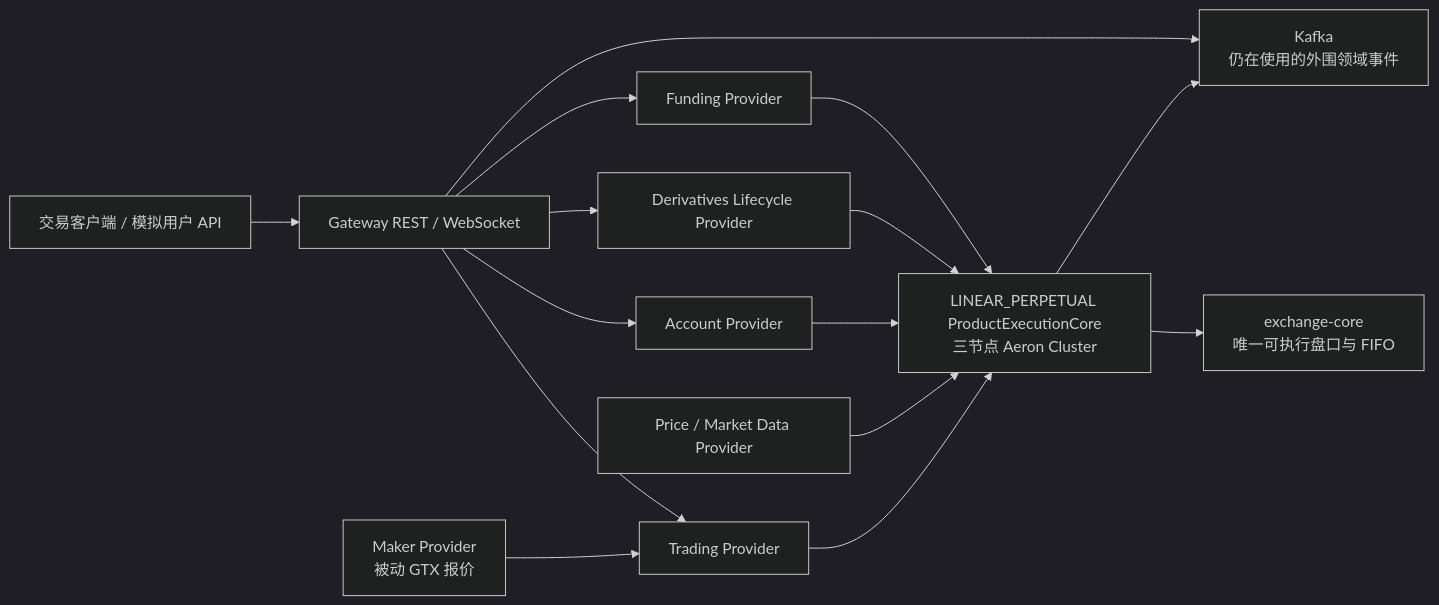
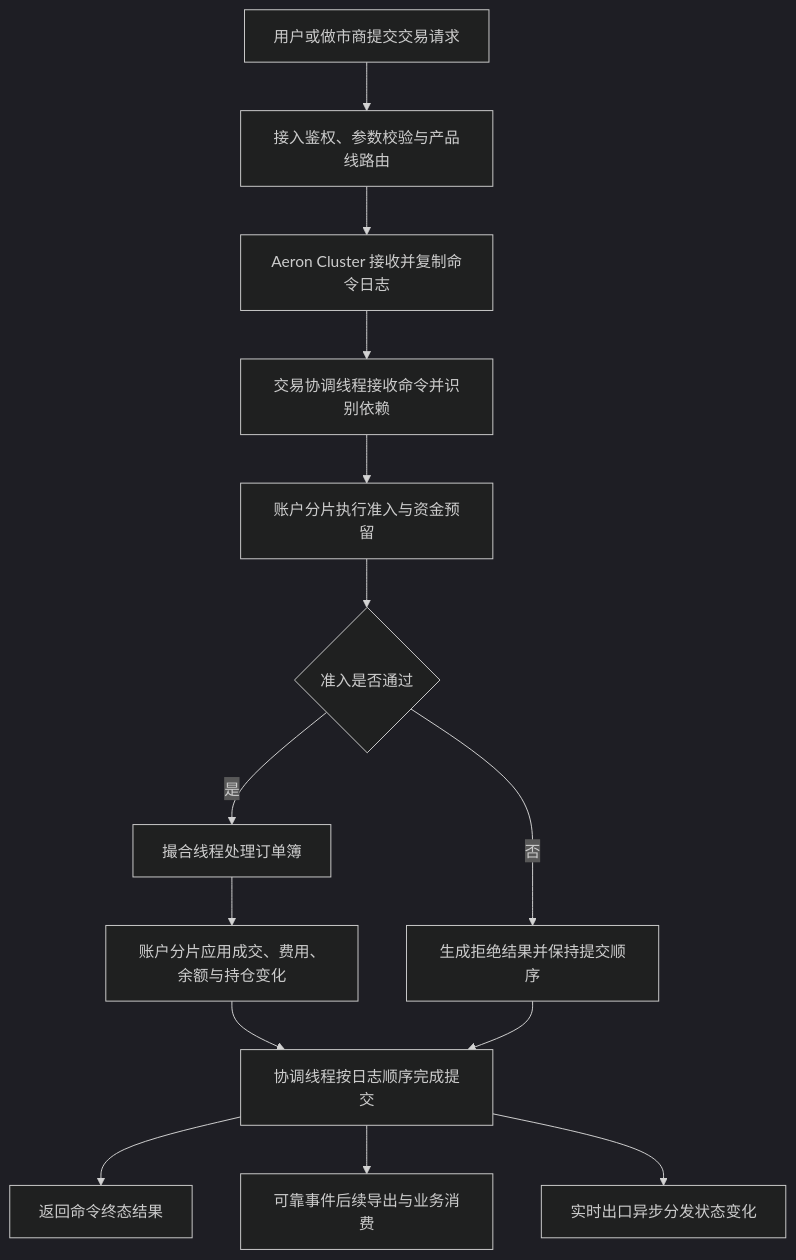
One commit to lilaizhencn/surprising-ex changed the second of 3 diagrams in README.md. Above: the diagram before and after it, drawn with Mermaid (dark theme). The commit also changed other lines of this file, not shown here.

Commit message:
docs: rewrite project overview and roadmap in Chinese

````diff
--- a/README.md
+++ b/README.md
@@ -157,18 +73,16 @@
 ```mermaid
-flowchart LR
-    Client[交易客户端 / 模拟用户 API] --> Gateway[Gateway REST / WebSocket]
-    Gateway --> Trading[Trading Provider]
-    Gateway --> Account[Account Provider]
-    Gateway --> Risk[Derivatives Lifecycle Provider]
-    Gateway --> Funding[Funding Provider]
-
-    Trading --> Core[LINEAR_PERPETUAL ProductExecutionCore<br/>三节点 Aeron Cluster]
-    Account --> Core
-    Risk --> Core
-    Funding --> Core
-    Core --> Matcher[exchange-core<br/>唯一可执行盘口与 FIFO]
-    Core --> Kafka[Kafka<br/>仍在使用的外围领域事件]
-    Market[Price / Market Data Provider] --> Core
-    Maker[Maker Provider<br/>被动 GTX 报价] --> Trading
-    Gateway --> Kafka
+flowchart TD
+    REQUEST[用户或做市商提交交易请求] --> API[接入鉴权、参数校验与产品线路由]
+    API --> LOG[Aeron Cluster 接收并复制命令日志]
+    LOG --> OWNER[交易协调线程接收命令并识别依赖]
+    OWNER --> ADMISSION[账户分片执行准入与资金预留]
+    ADMISSION --> ALLOWED{准入是否通过}
+    ALLOWED -->|否| REJECT[生成拒绝结果并保持提交顺序]
+    ALLOWED -->|是| MATCHER[撮合线程处理订单簿]
+    MATCHER --> SETTLEMENT[账户分片应用成交、费用、余额与持仓变化]
+    SETTLEMENT --> COMMIT[协调线程按日志顺序完成提交]
+    REJECT --> COMMIT
+    COMMIT --> RESPONSE[返回命令终态结果]
+    COMMIT --> RELIABLE[可靠事件后续导出与业务消费]
+    COMMIT --> REALTIME[实时出口异步分发状态变化]
 ```
````
